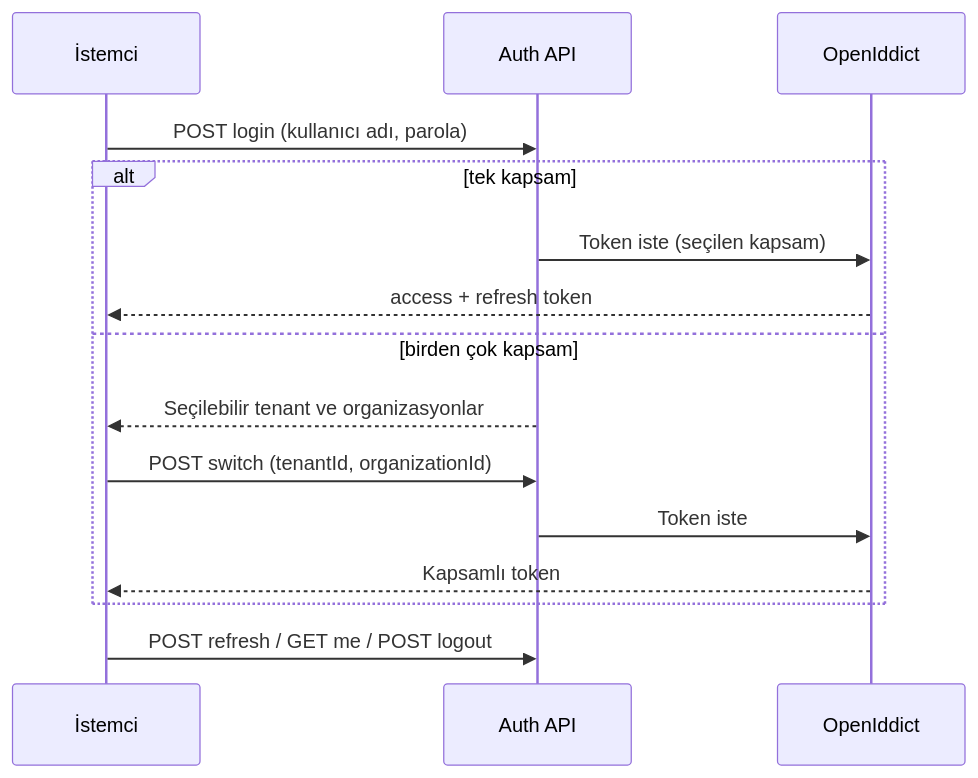
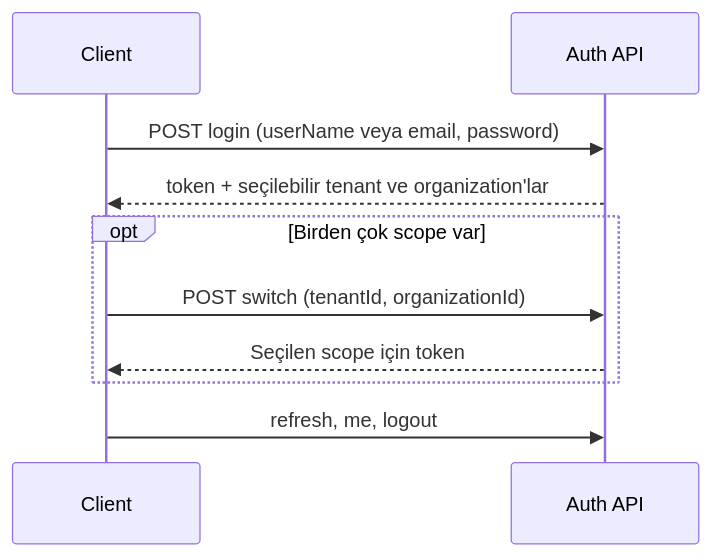
One commit to mertbyd/byd-auth-management-api changed the third of 7 diagrams in README.md. Above: the diagram before and after it, drawn with Mermaid. The commit also changed other lines of this file, not shown here.

````diff
--- a/README.md
+++ b/README.md
@@ -85,17 +47,12 @@
 ```mermaid
 sequenceDiagram
-    participant C as İstemci
+    participant C as Client
     participant A as Auth API
-    participant O as OpenIddict
-    C->>A: POST login (kullanıcı adı, parola)
-    alt tek kapsam
-        A->>O: Token iste (seçilen kapsam)
-        O-->>C: access + refresh token
-    else birden çok kapsam
-        A-->>C: Seçilebilir tenant ve organizasyonlar
+    C->>A: POST login (userName veya email, password)
+    A-->>C: token + seçilebilir tenant ve organization'lar
+    opt Birden çok scope var
         C->>A: POST switch (tenantId, organizationId)
-        A->>O: Token iste
-        O-->>C: Kapsamlı token
+        A-->>C: Seçilen scope için token
     end
-    C->>A: POST refresh / GET me / POST logout
+    C->>A: refresh, me, logout
 ```
````
